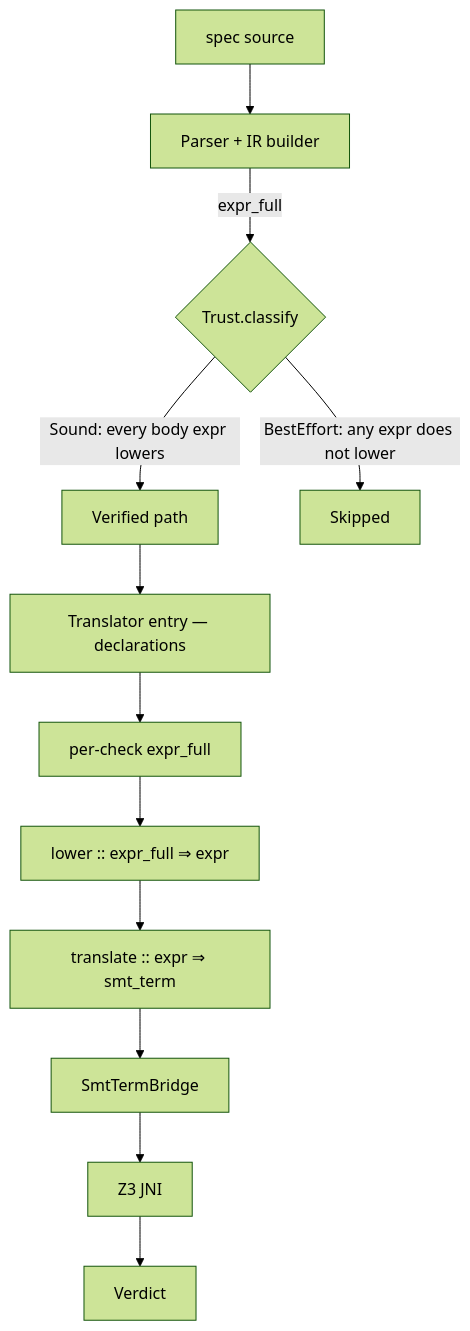
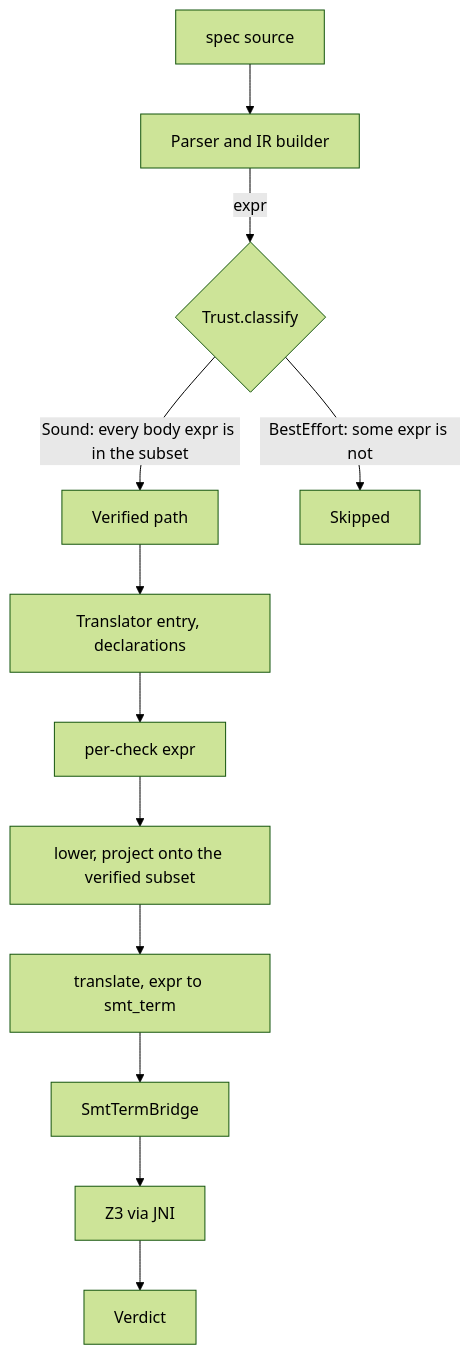
One commit to HardMax71/spec_to_rest changed the diagram in docs/content/docs/research/tcb_audit.md. Above: the diagram before and after it, drawn with Mermaid (forest theme). The commit also changed other lines of this file, not shown here.

````diff
--- a/docs/content/docs/research/tcb_audit.md
+++ b/docs/content/docs/research/tcb_audit.md
@@ -37,14 +30,14 @@
 ```mermaid
 flowchart TD
-  A[spec source] --> B[Parser + IR builder]
-  B -->|expr_full| C{Trust.classify}
-  C -->|Sound: every body expr lowers| D[Verified path]
-  C -->|BestEffort: any expr does not lower| E[Skipped]
-  D --> F[Translator entry — declarations]
-  F --> G[per-check expr_full]
-  G --> H[lower :: expr_full ⇒ expr]
-  H --> I[translate :: expr ⇒ smt_term]
+  A[spec source] --> B[Parser and IR builder]
+  B -->|expr| C{Trust.classify}
+  C -->|Sound: every body expr is in the subset| D[Verified path]
+  C -->|BestEffort: some expr is not| E[Skipped]
+  D --> F[Translator entry, declarations]
+  F --> G[per-check expr]
+  G --> H[lower, project onto the verified subset]
+  H --> I[translate, expr to smt_term]
   I --> J[SmtTermBridge]
-  J --> K[Z3 JNI]
+  J --> K[Z3 via JNI]
   K --> L[Verdict]
 ```
````
